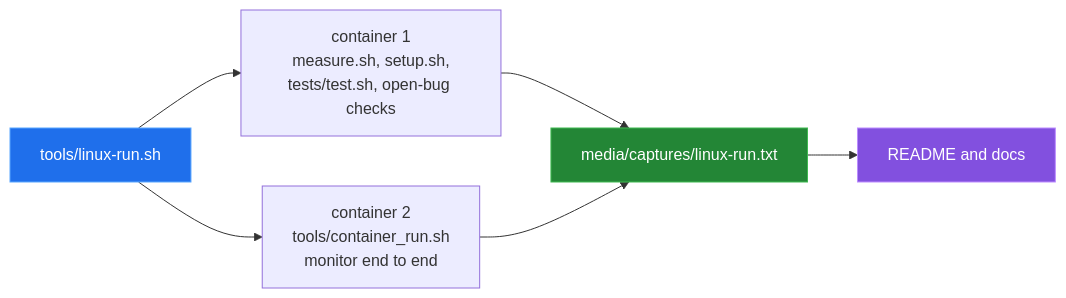
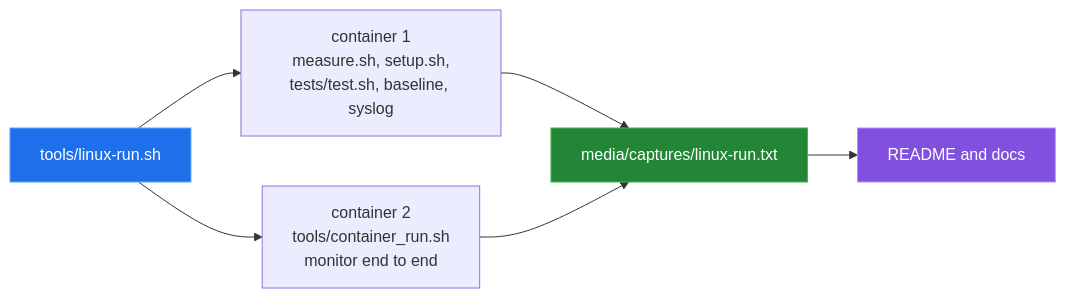
One commit to Bissbert/posix-ids changed the diagram in docs/measurement.md. Above: the diagram before and after it, drawn with Mermaid. The commit also changed other lines of this file and 8 other files, not shown here.

First line of the commit message:
docs: describe the fixed baseline, syslog, auth window, Splunk and Ansible paths

````diff
--- a/docs/measurement.md
+++ b/docs/measurement.md
@@ -21,12 +21,12 @@
 ```mermaid
 flowchart LR
-    R["tools/linux-run.sh"] --> A["container 1<br/>measure.sh, setup.sh,<br/>tests/test.sh, open-bug checks"]
+    R["tools/linux-run.sh"] --> A["container 1<br/>measure.sh, setup.sh,<br/>tests/test.sh, baseline, syslog"]
     R --> B["container 2<br/>tools/container_run.sh<br/>monitor end to end"]
     A --> O["media/captures/linux-run.txt"]
     B --> O
     O --> D["README and docs"]
 
     style R fill:#1f6feb,stroke:#58a6ff,color:#fff
     style O fill:#238636,stroke:#3fb950,color:#fff
     style D fill:#8250df,stroke:#bc8cff,color:#fff
 ```
````
